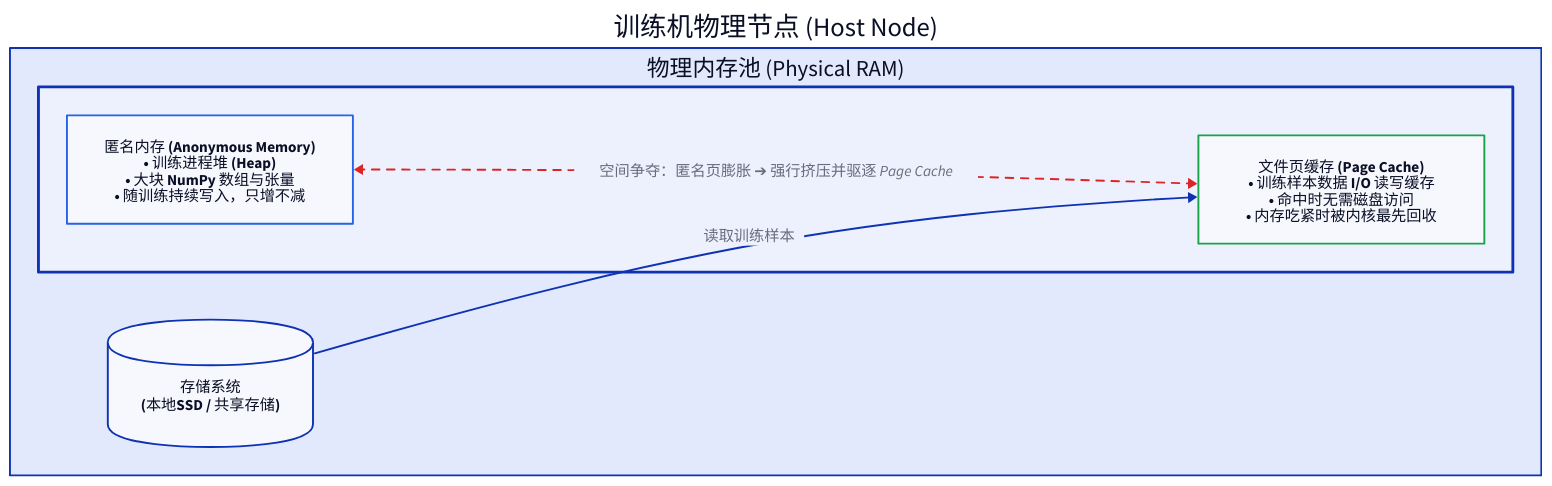
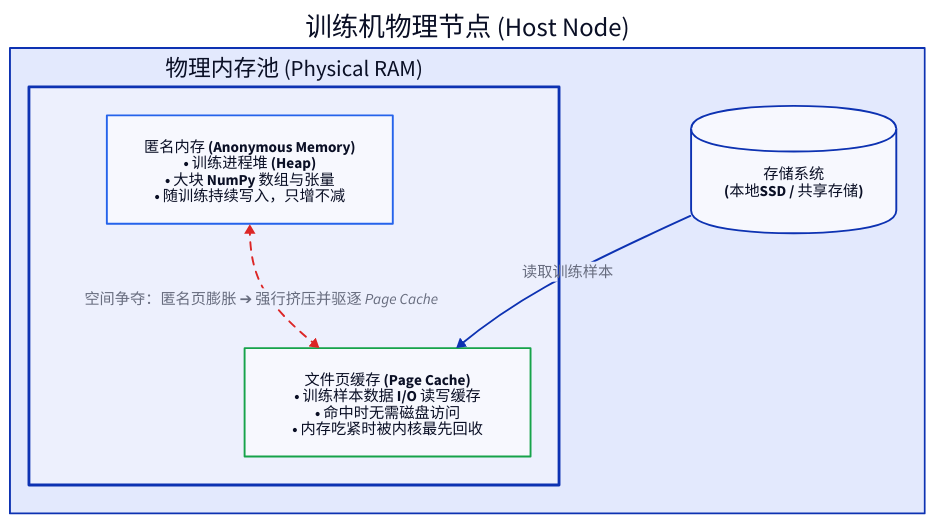
Before and after one commit to 111qqz/111qqz.github.io: the diagram in images/linux-overcommit/ram-composition.d2, drawn with D2. The commit also changed 23 other files, not shown here.

Commit message:
feat(diagrams): 重构 12 张过宽配图为纵向/分阶段布局，修正 D2 作用域并按需使用 TALA 111qqz/hugo-blog@0072b7b41add818594301a5db81fbe83de0efd16

```diff
--- a/images/linux-overcommit/ram-composition.d2
+++ b/images/linux-overcommit/ram-composition.d2
@@ -1,45 +1,47 @@
-direction: right
+direction: down
 
 host: 训练机物理节点 (Host Node) {
   style: {
     stroke-width: 2
   }
+  direction: down
 
   storage: 存储系统\n(本地SSD / 共享存储) {
     shape: cylinder
   }
 
   ram: 物理内存池 (Physical RAM) {
     style: {
       stroke-width: 3
     }
+    direction: down
 
     anon: 匿名内存 (Anonymous Memory)\n• 训练进程堆 (Heap)\n• 大块 NumPy 数组与张量\n• 随训练持续写入，只增不减 {
       shape: rectangle
       style: {
         stroke: "#2563eb"
         stroke-width: 2
         bold: true
       }
     }
 
     cache: 文件页缓存 (Page Cache)\n• 训练样本数据 I/O 读写缓存\n• 命中时无需磁盘访问\n• 内存吃紧时被内核最先回收 {
       shape: rectangle
       style: {
         stroke: "#16a34a"
         stroke-width: 2
         bold: true
       }
     }
 
     anon <-> cache: 空间争夺：匿名页膨胀 ➔ 强行挤压并驱逐 Page Cache {
       style: {
         stroke: "#dc2626"
         stroke-width: 2
         stroke-dash: 4
       }
     }
   }
 
   storage -> ram.cache: 读取训练样本
 }
```
